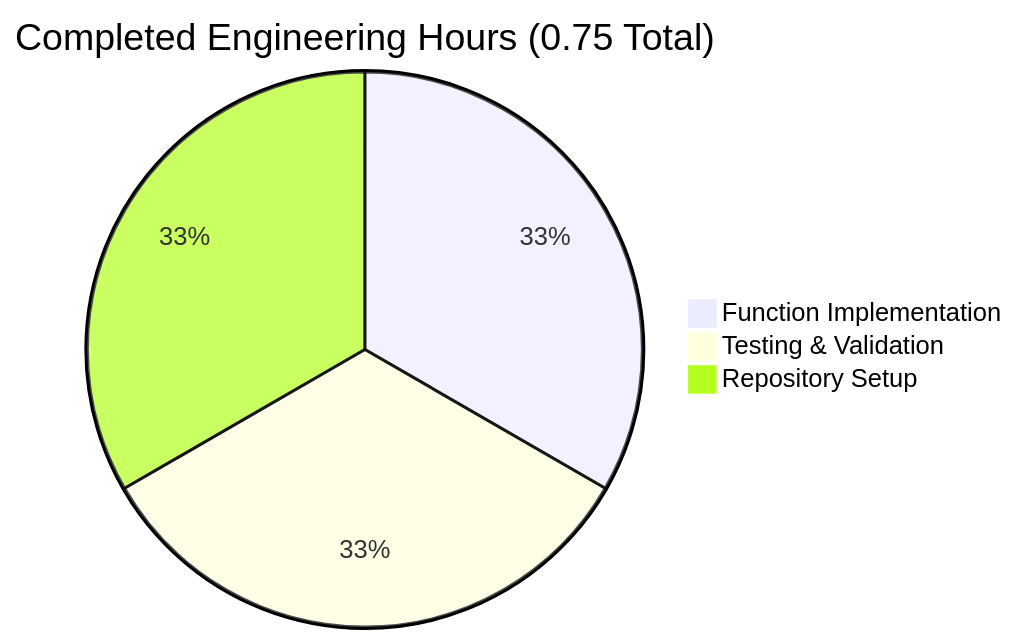
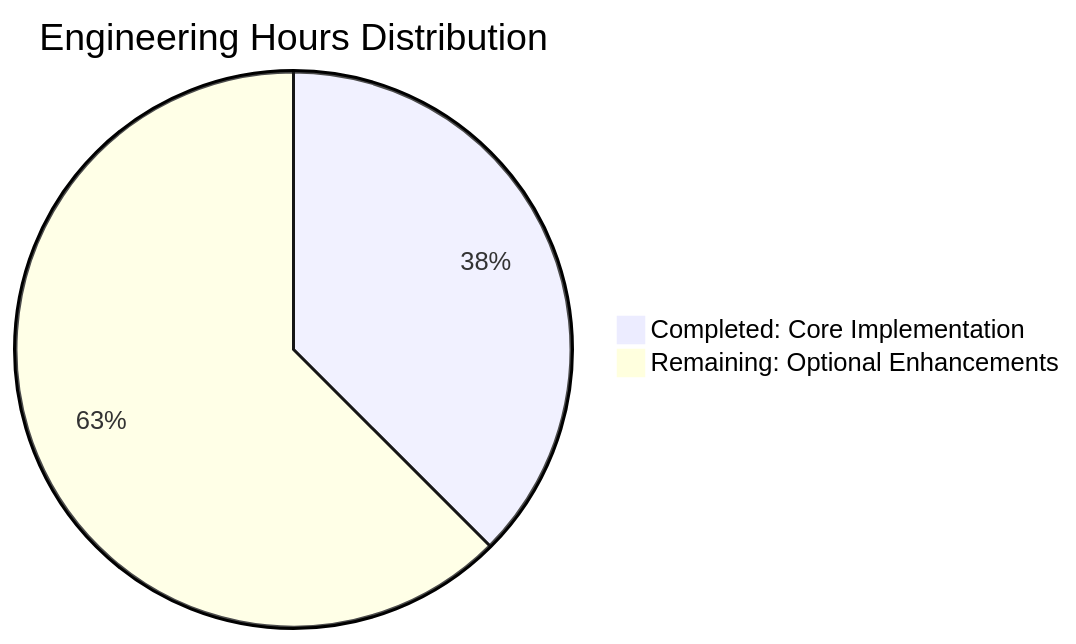
The diagram in blitzy/documentation/Project Guide.md (prasad-blitzy/quick-repo-4), drawn with Mermaid before and after one commit. The commit also changed other lines of this file, not shown here.

Commit message:
Adding Blitzy Project Guide: Project Status and Human Tasks Remaining

````diff
--- a/blitzy/documentation/Project Guide.md
+++ b/blitzy/documentation/Project Guide.md
@@ -109,6 +190,5 @@
 ```mermaid
-pie title Completed Engineering Hours (0.75 Total)
-    "Function Implementation" : 0.25
-    "Testing & Validation" : 0.25
-    "Repository Setup" : 0.25
+pie title Engineering Hours Distribution
+    "Completed: Core Implementation" : 3.0
+    "Remaining: Optional Enhancements" : 5.0
 ```
````
